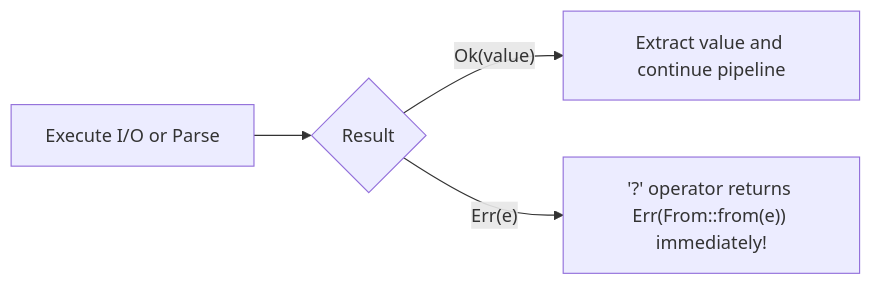
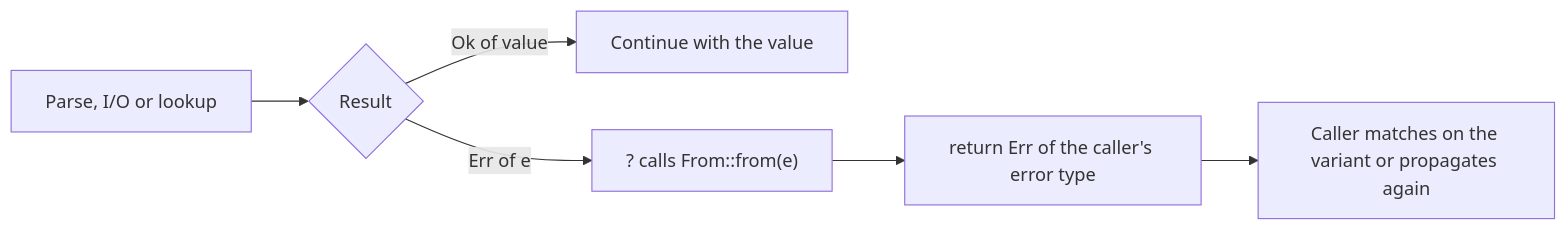
One commit to TheLearningHubOrg/learn-rust changed diagram 18 of 23 in README.md. Above: the diagram before and after it, drawn with Mermaid. The commit also changed other lines of this file and 23 other files, not shown here.

````diff
--- a/README.md
+++ b/README.md
@@ -576,6 +2416,8 @@
 ```mermaid
-graph LR
-    Operation["Execute I/O or Parse"] --> Check{"Result<T, E>"}
-    Check -- Ok(value) --> Unwrap["Extract value and continue pipeline"]
-    Check -- Err(e) --> QuestionMark["'?' operator returns Err(From::from(e)) immediately!"]
+flowchart LR
+    Op["Parse, I/O or lookup"] --> Check{"Result"}
+    Check -- "Ok of value" --> Next["Continue with the value"]
+    Check -- "Err of e" --> Q["? calls From::from(e)"]
+    Q --> Ret["return Err of the caller's error type"]
+    Ret --> Up["Caller matches on the variant or propagates again"]
 ```
````
